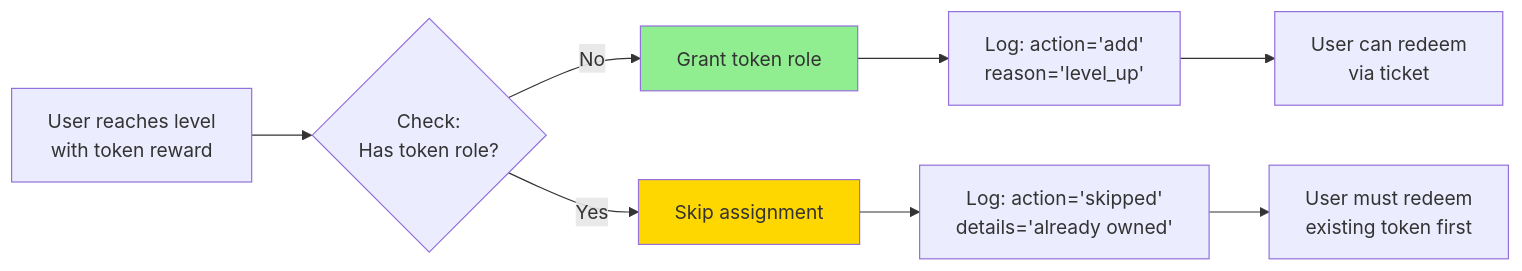
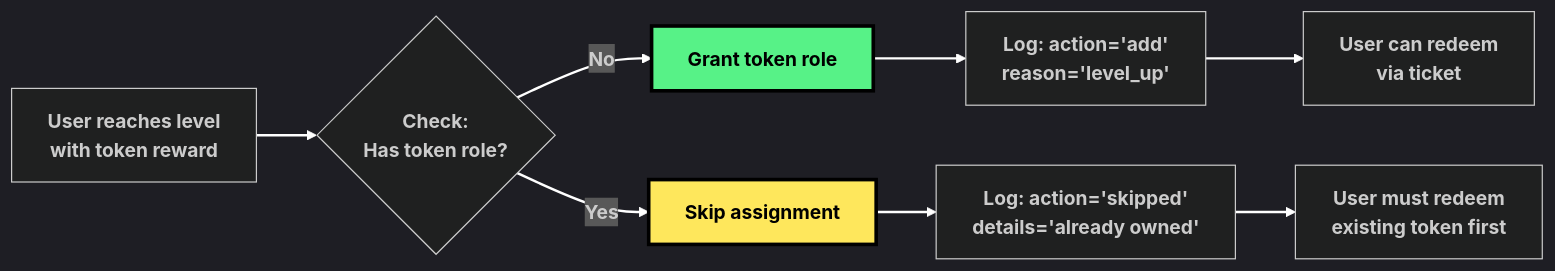
The fifth of 9 diagrams in docs/roadmap/ROLE_AUTOMATION_PLAN.md (watchthelight/pawtech-v2), drawn with Mermaid before and after one commit. The commit also changed other lines of this file, not shown here.

Commit message:
Chart visibility updates

````diff
--- a/docs/roadmap/ROLE_AUTOMATION_PLAN.md
+++ b/docs/roadmap/ROLE_AUTOMATION_PLAN.md
@@ -476,13 +489,16 @@
 ```mermaid
+%%{init: {'theme':'dark', 'themeVariables': { 'fontSize':'16px'}}}%%
 flowchart LR
-    A[User reaches level<br/>with token reward] --> B{Check:<br/>Has token role?}
-    B -->|No| C[Grant token role]
-    B -->|Yes| D[Skip assignment]
-    C --> E[Log: action='add'<br/>reason='level_up']
-    D --> F[Log: action='skipped'<br/>details='already owned']
-    E --> G[User can redeem<br/>via ticket]
-    F --> H[User must redeem<br/>existing token first]
+    A["<b>User reaches level<br/>with token reward</b>"] --> B{"<b>Check:<br/>Has token role?</b>"}
+    B -->|"<b>No</b>"| C["<b>Grant token role</b>"]
+    B -->|"<b>Yes</b>"| D["<b>Skip assignment</b>"]
+    C --> E["<b>Log: action='add'</b><br/><b>reason='level_up'</b>"]
+    D --> F["<b>Log: action='skipped'</b><br/><b>details='already owned'</b>"]
+    E --> G["<b>User can redeem<br/>via ticket</b>"]
+    F --> H["<b>User must redeem<br/>existing token first</b>"]
 
-    style C fill:#90EE90
-    style D fill:#FFD700
+    style C fill:#57F287,stroke:#000,stroke-width:3px,color:#000
+    style D fill:#FEE75C,stroke:#000,stroke-width:3px,color:#000
+
+    linkStyle default stroke:#fff,stroke-width:2px
 ```
````
